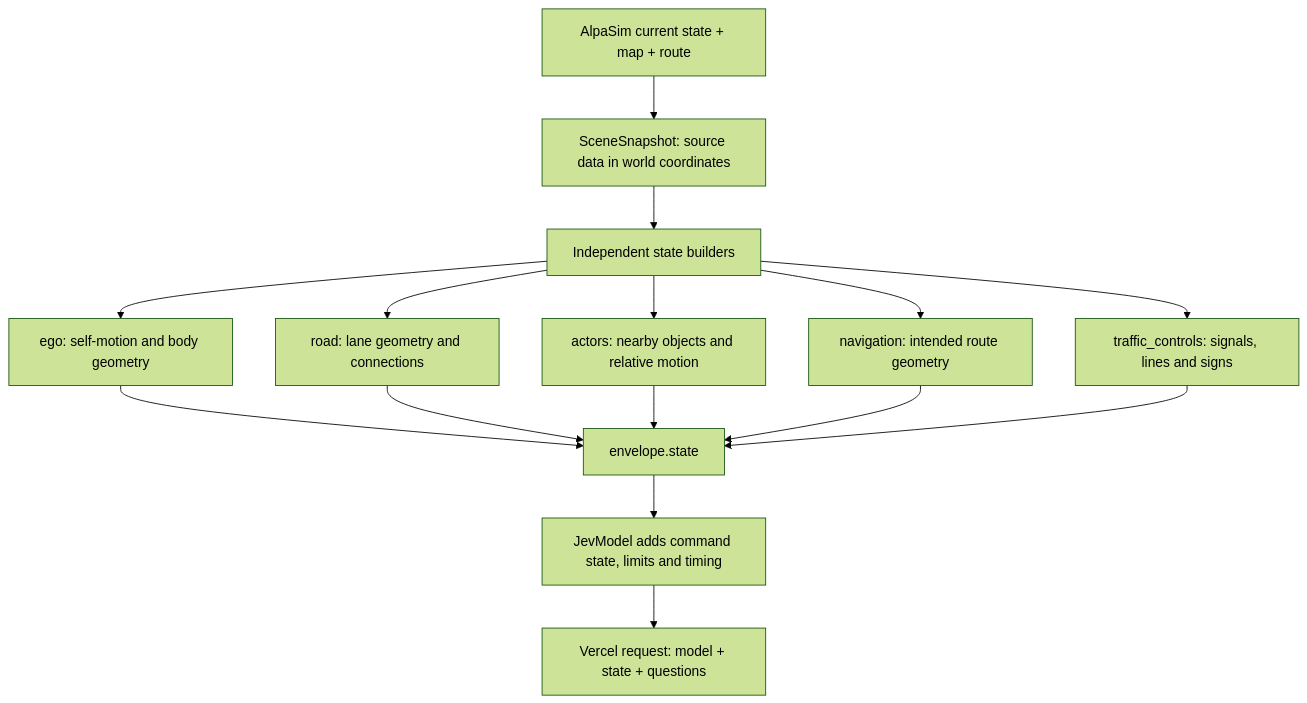
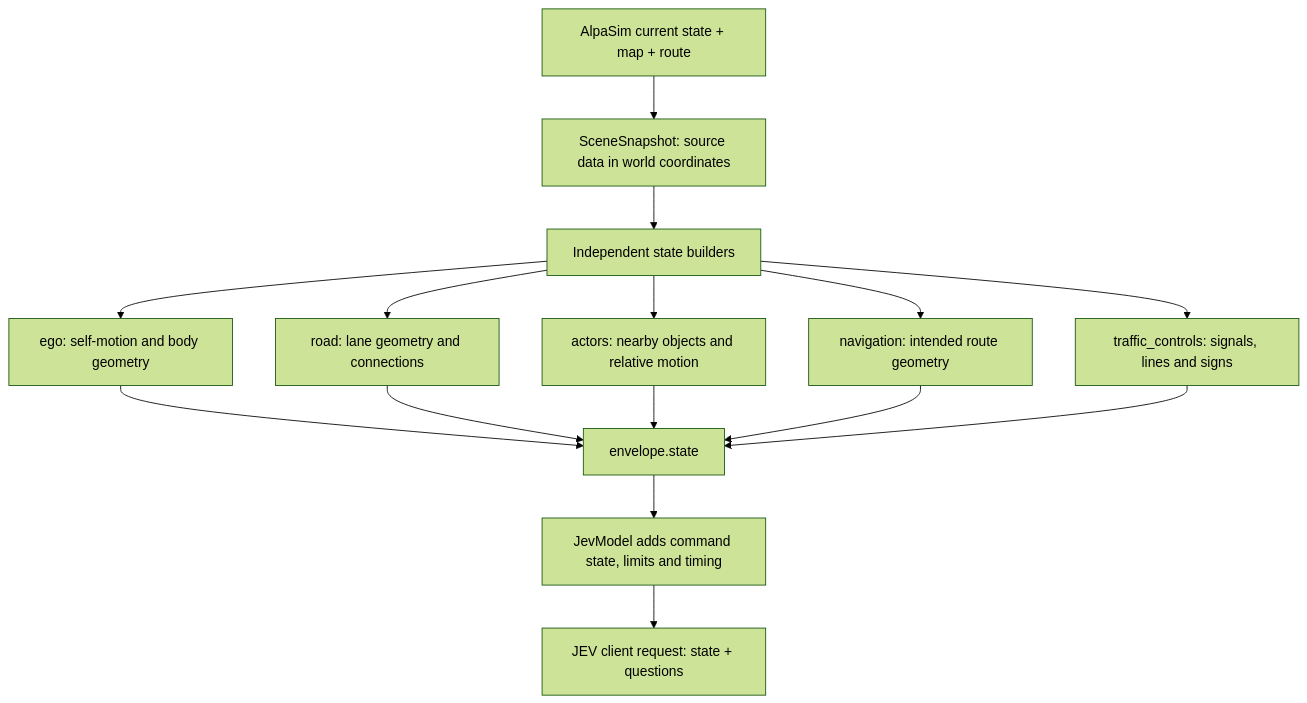
Before and after one commit to CATS-Lab/JEV-Drive: the first of 8 diagrams in docs/structured-state.md, drawn with Mermaid (forest theme). The commit also changed other lines of this file and 17 other files, not shown here.

````diff
--- a/docs/structured-state.md
+++ b/docs/structured-state.md
@@ -9,17 +11,17 @@
 ```mermaid
 flowchart TD
     A["AlpaSim current state + map + route"] --> B["SceneSnapshot: source data in world coordinates"]
     B --> C["Independent state builders"]
     C --> E["ego: self-motion and body geometry"]
     C --> R["road: lane geometry and connections"]
     C --> O["actors: nearby objects and relative motion"]
     C --> N["navigation: intended route geometry"]
     C --> T["traffic_controls: signals, lines and signs"]
     E --> S["envelope.state"]
     R --> S
     O --> S
     N --> S
     T --> S
     S --> M["JevModel adds command state, limits and timing"]
-    M --> J["Vercel request: model + state + questions"]
+    M --> J["JEV client request: state + questions"]
 ```
````
